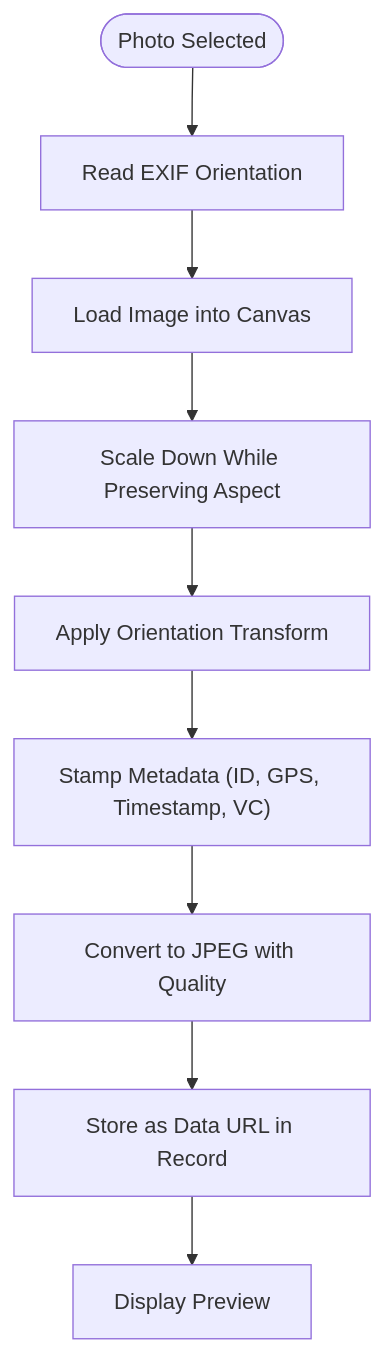
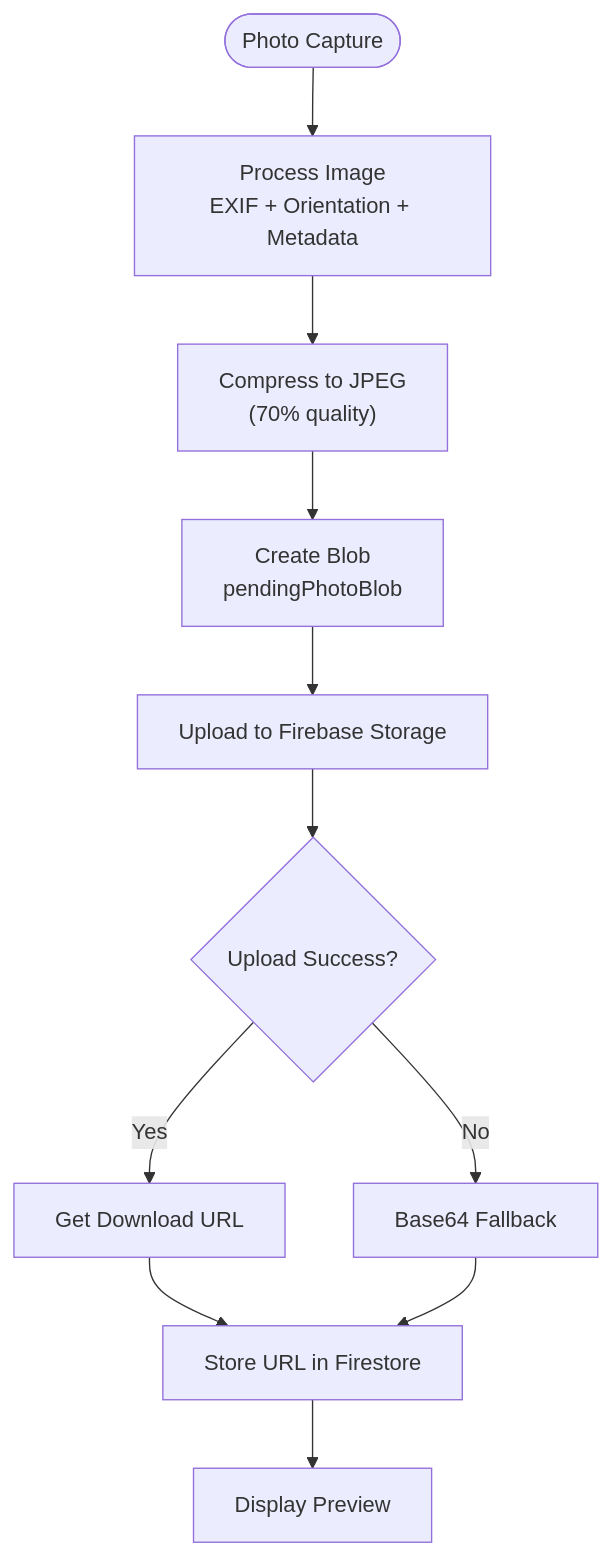
The sixth of 7 diagrams in .qoder/repowiki/en/content/Technical Architecture/Firebase Integration.md (enga018/newserchhipnorthvc), drawn with Mermaid before and after one commit. The commit also changed other lines of this file and 10 other files, not shown here.

````diff
--- a/.qoder/repowiki/en/content/Technical Architecture/Firebase Integration.md
+++ b/.qoder/repowiki/en/content/Technical Architecture/Firebase Integration.md
@@ -299,11 +345,13 @@
 ```mermaid
 flowchart TD
-Start(["Photo Selected"]) --> ReadEXIF["Read EXIF Orientation"]
-ReadEXIF --> LoadImage["Load Image into Canvas"]
-LoadImage --> Resize["Scale Down While Preserving Aspect"]
-Resize --> Transform["Apply Orientation Transform"]
-Transform --> Stamp["Stamp Metadata (ID, GPS, Timestamp, VC)"]
-Stamp --> Compress["Convert to JPEG with Quality"]
-Compress --> Store["Store as Data URL in Record"]
+Start(["Photo Capture"]) --> Process["Process Image<br/>EXIF + Orientation + Metadata"]
+Process --> Compress["Compress to JPEG<br/>(70% quality)"]
+Compress --> Blob["Create Blob<br/>pendingPhotoBlob"]
+Blob --> Upload["Upload to Firebase Storage"]
+Upload --> Success{"Upload Success?"}
+Success --> |Yes| StorageURL["Get Download URL"]
+Success --> |No| Base64["Base64 Fallback"]
+StorageURL --> Store["Store URL in Firestore"]
+Base64 --> Store
 Store --> Preview["Display Preview"]
 ```
````
